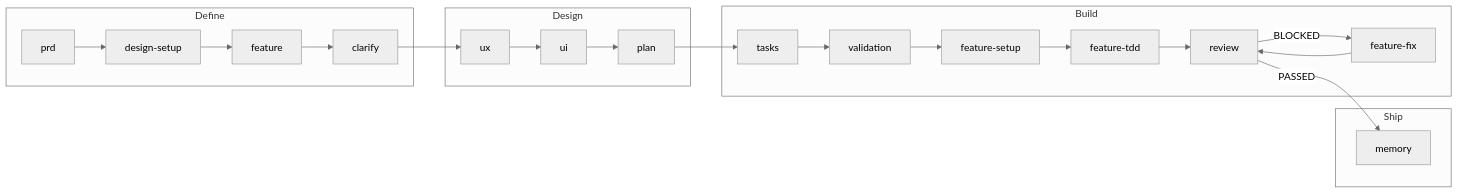
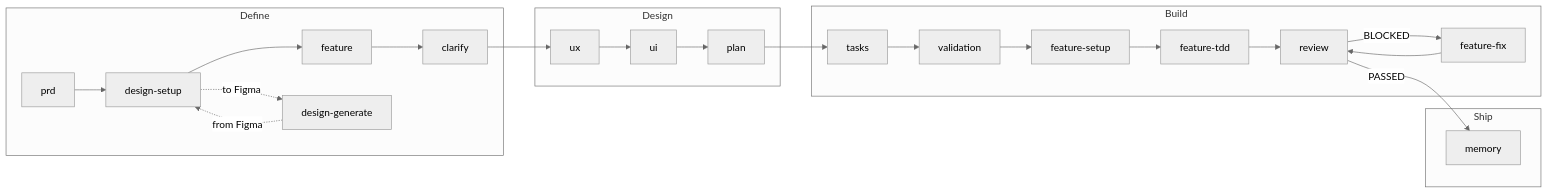
Before and after one commit to petbrains/mvp-builder: the diagram in README.md, drawn with Mermaid (neutral theme). The commit also changed other lines of this file and 6 other files, not shown here.

First line of the commit message:
design-generate (#49)

````diff
--- a/README.md
+++ b/README.md
@@ -64,28 +64,30 @@
 ```mermaid
 flowchart LR
     subgraph DEFINE ["Define"]
         PRD["prd"] --> DSETUP["design-setup"]
         DSETUP --> FEATURE["feature"]
         FEATURE --> CLARIFY["clarify"]
+        DSETUP -.->|"to Figma"| DGEN["design-generate"]
+        DGEN -.->|"from Figma"| DSETUP
     end
     
     subgraph DESIGN ["Design"]
         CLARIFY --> UX["ux"]
         UX --> UI["ui"]
         UI --> PLAN["plan"]
     end
     
     subgraph BUILD ["Build"]
         PLAN --> TASKS["tasks"]
         TASKS --> VAL["validation"]
         VAL --> SETUP["feature-setup"]
         SETUP --> TDD["feature-tdd"]
         TDD --> REVIEW["review"]
         REVIEW -->|BLOCKED| FIX["feature-fix"]
         FIX --> REVIEW
     end
     
     subgraph SHIP ["Ship"]
         REVIEW -->|PASSED| MEMORY["memory"]
     end
 ```
````
